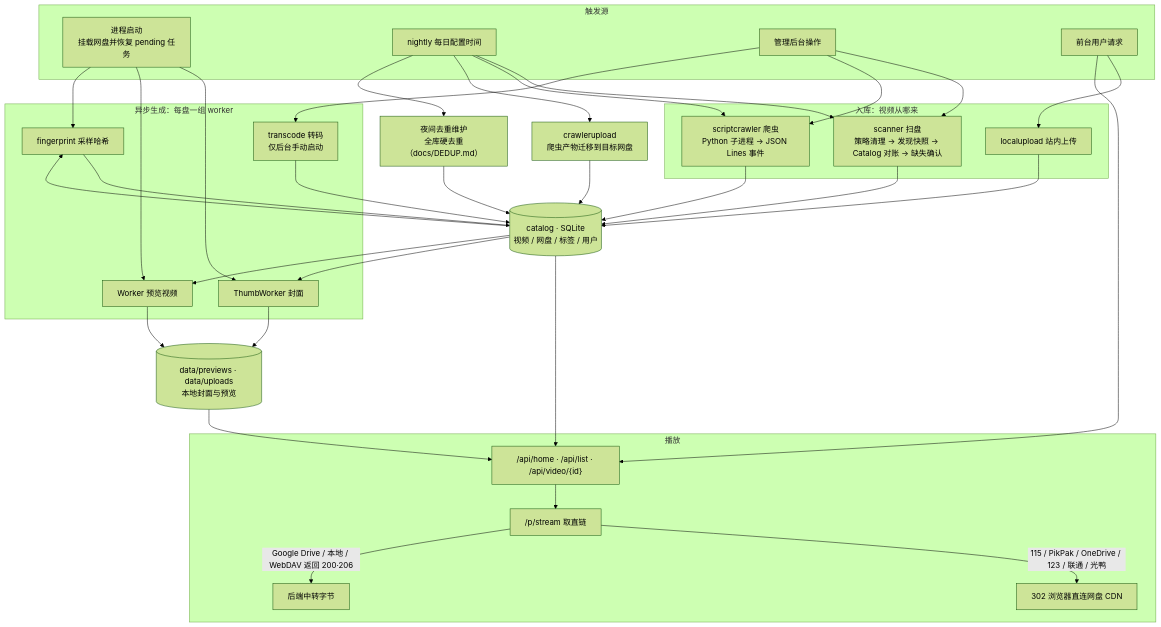
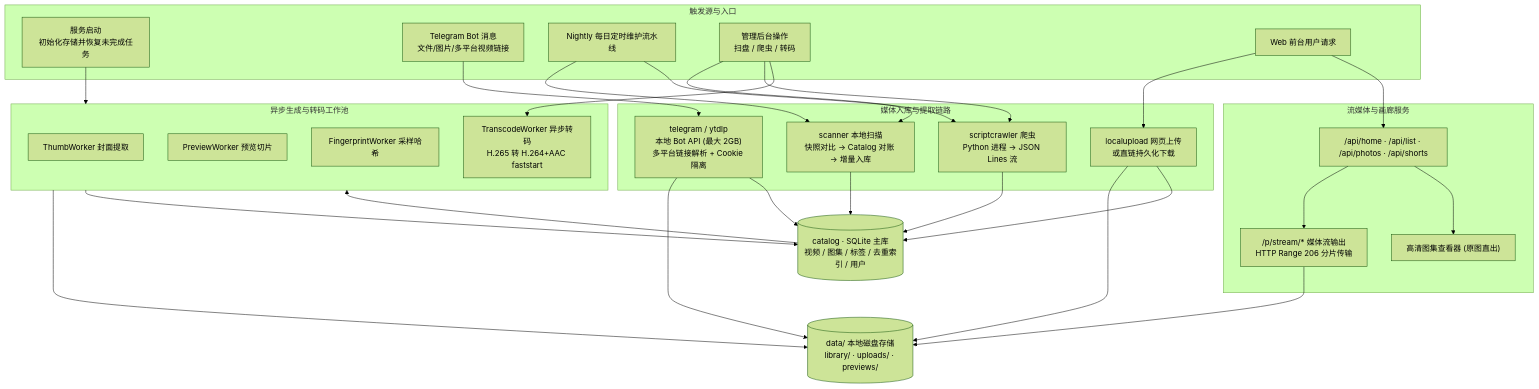
The first of 2 diagrams in backend/README.md (z08w12/omni-media-vault), drawn with Mermaid (forest theme) before and after one commit. The commit also changed other lines of this file and 5 other files, not shown here.

````diff
--- a/backend/README.md
+++ b/backend/README.md
@@ -158,69 +82,59 @@
 ```mermaid
 flowchart TB
-    subgraph TRIG["触发源"]
-        BOOT["进程启动<br/>挂载网盘并恢复 pending 任务"]
-        CRON["nightly 每日配置时间"]
-        ADMIN["管理后台操作"]
-        USER["前台用户请求"]
+    subgraph TRIG["触发源与入口"]
+        BOOT["服务启动<br/>初始化存储并恢复未完成任务"]
+        TG_MSG["Telegram Bot 消息<br/>文件/图片/多平台视频链接"]
+        CRON["Nightly 每日定时维护流水线"]
+        ADMIN["管理后台操作<br/>扫盘 / 爬虫 / 转码"]
+        USER["Web 前台用户请求"]
     end
 
-    subgraph INGEST["入库：视频从哪来"]
-        SCAN["scanner 扫盘<br/>策略清理 → 发现快照 → Catalog 对账 → 缺失确认"]
-        CRAWL["scriptcrawler 爬虫<br/>Python 子进程 → JSON Lines 事件"]
-        UPLOAD["localupload 站内上传"]
+    subgraph INGEST["媒体入库与提取链路"]
+        TG_INGEST["telegram / ytdlp<br/>本地 Bot API (最大 2GB)<br/>多平台链接解析 + Cookie 隔离"]
+        SCAN["scanner 本地扫描<br/>快照对比 → Catalog 对账 → 增量入库"]
+        CRAWL["scriptcrawler 爬虫<br/>Python 进程 → JSON Lines 流"]
+        UPLOAD["localupload 网页上传<br/>或直链持久化下载"]
     end
 
-    CAT[("catalog · SQLite<br/>视频 / 网盘 / 标签 / 用户")]
+    CAT[("catalog · SQLite 主库<br/>视频 / 图集 / 标签 / 去重索引 / 用户")]
 
-    subgraph GEN["异步生成：每盘一组 worker"]
-        THUMB["ThumbWorker 封面"]
-        PREV["Worker 预览视频"]
-        FP["fingerprint 采样哈希"]
-        TRANS["transcode 转码<br/>仅后台手动启动"]
+    subgraph WORKERS["异步生成与转码工作池"]
+        THUMB["ThumbWorker 封面提取"]
+        PREV["PreviewWorker 预览切片"]
+        FP["FingerprintWorker 采样哈希"]
+        TRANS["TranscodeWorker 异步转码<br/>H.265 转 H.264+AAC faststart"]
     end
 
-    DISK[("data/previews · data/uploads<br/>本地封面与预览")]
+    DISK[("data/ 本地磁盘存储<br/>library/ · uploads/ · previews/")]
 
-    subgraph PLAY["播放"]
-        LIST["/api/home · /api/list · /api/video/{id}"]
-        PROXY["/p/stream 取直链"]
-        R302["302 浏览器直连网盘 CDN"]
-        RELAY["后端中转字节"]
+    subgraph STREAM["流媒体与画廊服务"]
+        API_META["/api/home · /api/list · /api/photos · /api/shorts"]
+        PROXY["/p/stream/* 媒体流输出<br/>HTTP Range 206 分片传输"]
+        LIGHTBOX["高清图集查看器 (原图直出)"]
     end
 
-    MIG["crawlerupload<br/>爬虫产物迁移到目标网盘"]
-    DEDUP["夜间去重维护<br/>全库硬去重（docs/DEDUP.md）"]
+    TG_MSG --> TG_INGEST
+    TG_INGEST --> DISK
+    TG_INGEST --> CAT
 
-    BOOT --> THUMB
-    BOOT --> PREV
-    BOOT --> FP
-    CRON --> SCAN
-    CRON --> CRAWL
-    CRON --> MIG
-    CRON --> DEDUP
+    BOOT --> WORKERS
     ADMIN --> SCAN
     ADMIN --> CRAWL
     ADMIN --> TRANS
+    CRON --> SCAN
+    CRON --> CRAWL
     USER --> UPLOAD
-    USER --> LIST
-
+    UPLOAD --> DISK
+    UPLOAD --> CAT
     SCAN --> CAT
     CRAWL --> CAT
-    UPLOAD --> CAT
-    MIG --> CAT
-    DEDUP --> CAT
 
-    CAT --> THUMB
-    CAT --> PREV
-    CAT --> FP
-    THUMB --> DISK
-    PREV --> DISK
-    FP --> CAT
-    TRANS --> CAT
+    CAT --> WORKERS
+    WORKERS --> DISK
+    WORKERS --> CAT
 
-    CAT --> LIST
-    LIST --> PROXY
-    PROXY -->|"115 / PikPak / OneDrive / 123 / 联通 / 光鸭"| R302
-    PROXY -->|"Google Drive / 本地 / WebDAV 返回 200·206"| RELAY
-    DISK --> LIST
+    USER --> API_META
+    API_META --> PROXY
+    PROXY --> DISK
+    API_META --> LIGHTBOX
 ```
````
